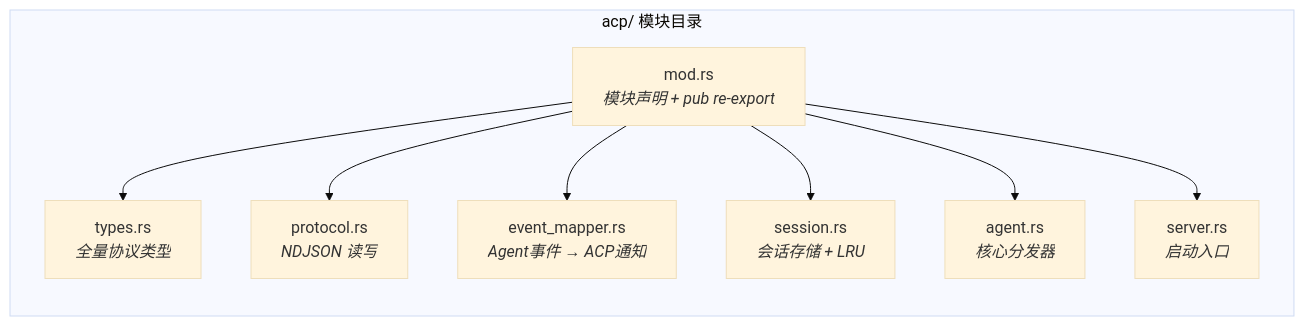
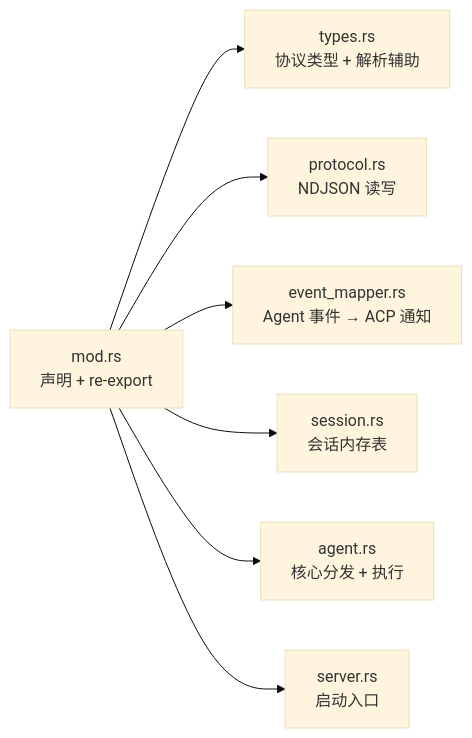
Before and after one commit to shiwenwen/hope-agent: the fourth of 10 diagrams in docs/architecture/acp.md, drawn with Mermaid (base theme). The commit also changed other lines of this file and 11 other files, not shown here.

````diff
--- a/docs/architecture/acp.md
+++ b/docs/architecture/acp.md
@@ -164,20 +190,12 @@
 ```mermaid
 graph LR
-    subgraph "acp/ 模块目录"
-        MOD["mod.rs<br/><i>模块声明 + pub re-export</i>"]
-        TYPES["types.rs<br/><i>全量协议类型</i>"]
-        PROTO["protocol.rs<br/><i>NDJSON 读写</i>"]
-        MAPPER["event_mapper.rs<br/><i>Agent事件 → ACP通知</i>"]
-        SESSION["session.rs<br/><i>会话存储 + LRU</i>"]
-        AGENT["agent.rs<br/><i>核心分发器</i>"]
-        SERVER["server.rs<br/><i>启动入口</i>"]
-    end
+    MOD["mod.rs<br/>声明 + re-export"]
+    TYPES["types.rs<br/>协议类型 + 解析辅助"]
+    PROTO["protocol.rs<br/>NDJSON 读写"]
+    MAPPER["event_mapper.rs<br/>Agent 事件 → ACP 通知"]
+    SESSION["session.rs<br/>会话内存表"]
+    AGENT["agent.rs<br/>核心分发 + 执行"]
+    SERVER["server.rs<br/>启动入口"]
 
-    MOD --> TYPES
-    MOD --> PROTO
-    MOD --> MAPPER
-    MOD --> SESSION
-    MOD --> AGENT
-    MOD --> SERVER
-
+    MOD --> TYPES & PROTO & MAPPER & SESSION & AGENT & SERVER
 ```
````
